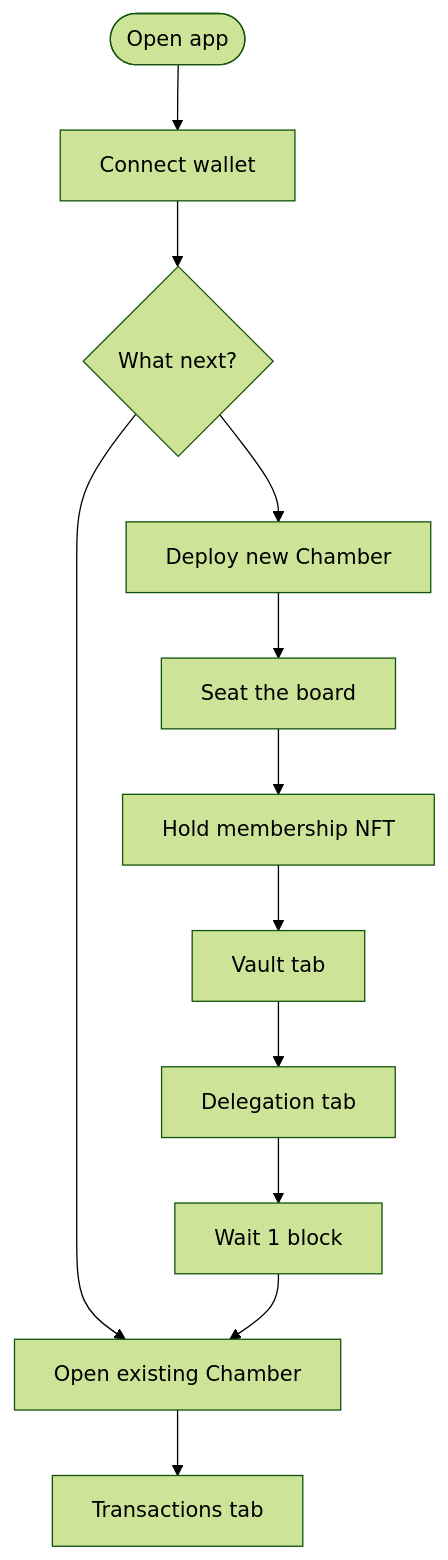
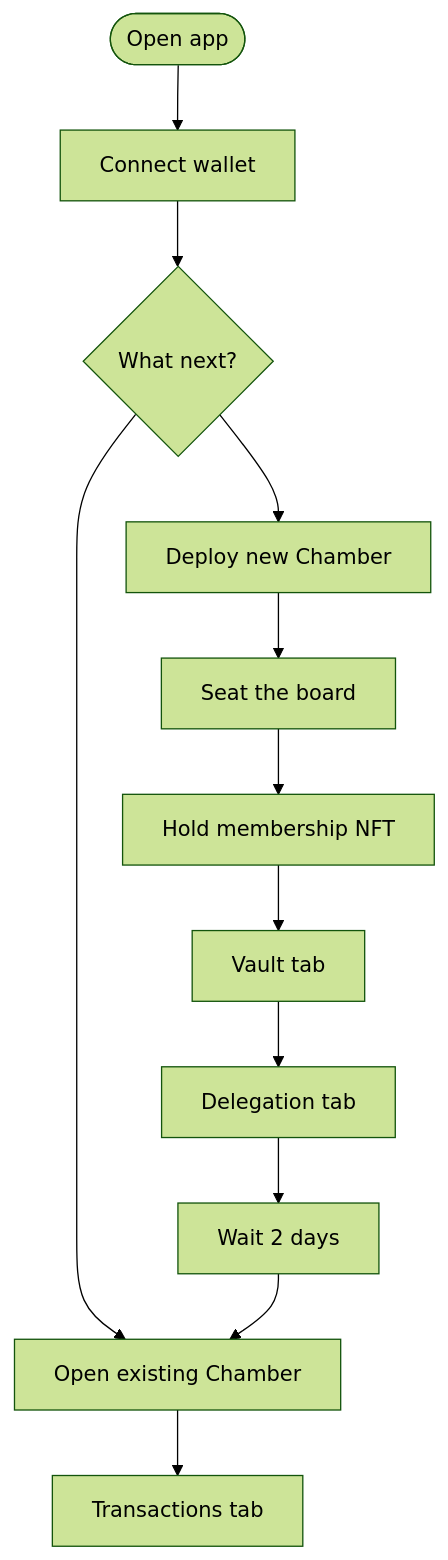
Before and after one commit to loreum-org/chamber: the diagram in app/src/docs/guides/app-routes.md, drawn with Mermaid (forest theme). The commit also changed 56 other files, not shown here.

````diff
--- a/app/src/docs/guides/app-routes.md
+++ b/app/src/docs/guides/app-routes.md
@@ -30,14 +30,14 @@
 ```mermaid
 flowchart TD
   Start([Open app]) --> Connect[Connect wallet]
   Connect --> Hub{What next?}
   Hub --> Deploy[Deploy new Chamber]
   Hub --> Open[Open existing Chamber]
   Deploy --> Seat[Seat the board]
   Seat --> HoldNft[Hold membership NFT]
   HoldNft --> Stake[Vault tab]
   Stake --> Del[Delegation tab]
-  Del --> Wait[Wait 1 block]
+  Del --> Wait[Wait 2 days]
   Wait --> Open
   Open --> Tx[Transactions tab]
 ```
````
